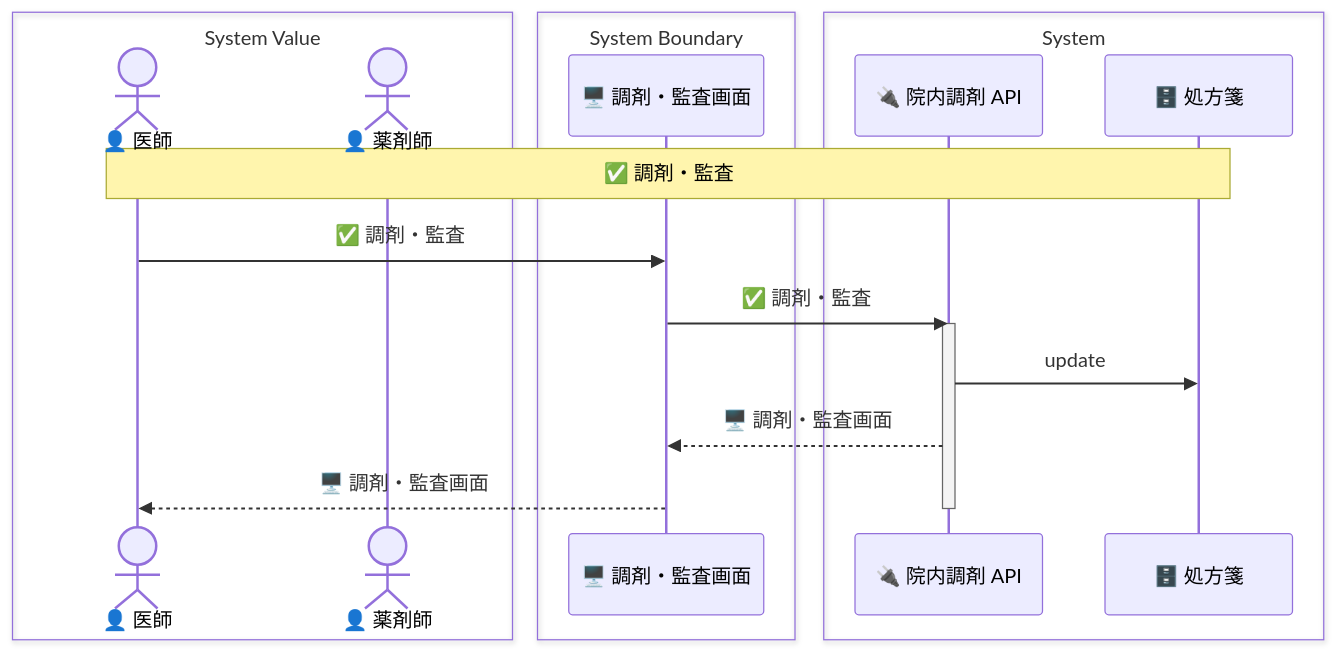
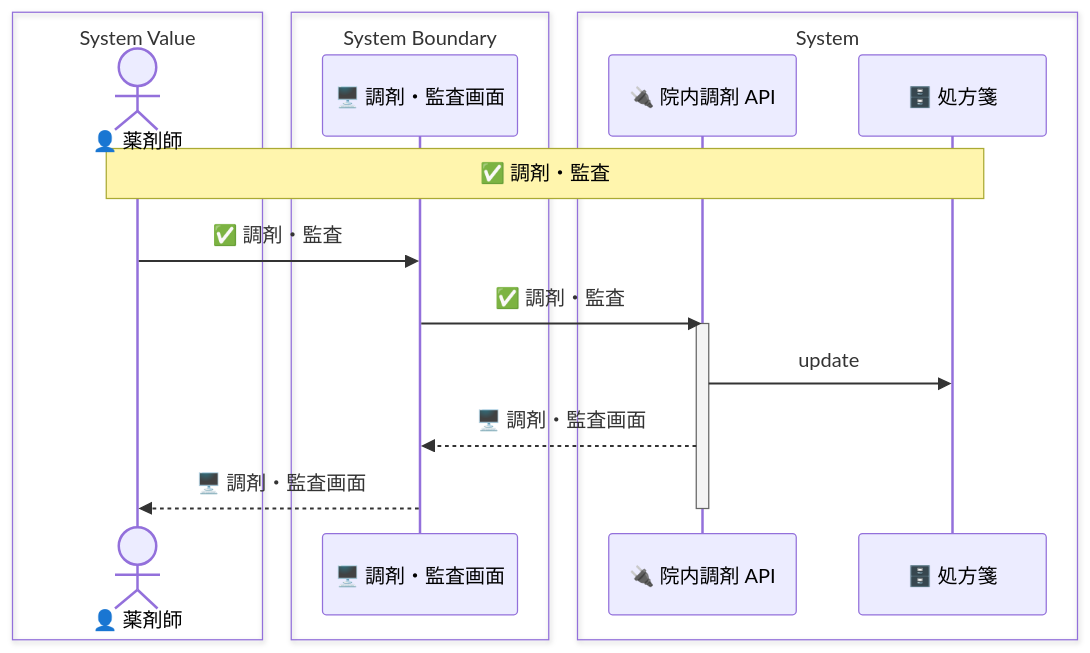
The diagram in samples/clinic-ops/out/uc/sequence_dispense_and_audit.mmd (manji-0/rdra-ish-dsl), drawn with Mermaid before and after one commit. The commit also changed 71 other files, not shown here.

```diff
--- a/samples/clinic-ops/out/uc/sequence_dispense_and_audit.mmd
+++ b/samples/clinic-ops/out/uc/sequence_dispense_and_audit.mmd
@@ -1,21 +1,20 @@
 sequenceDiagram
   box System Value
-    actor Clinician as 👤 医師
     actor Pharmacist as 👤 薬剤師
   end
   box System Boundary
     participant DispensingScreen as 🖥️ 調剤・監査画面
   end
   box System
     participant DispensingApi as 🔌 院内調剤 API
     participant Prescription as 🗄️ 処方箋
   end
 
-  Note over Clinician,Prescription: ✅ 調剤・監査
-  Clinician->>DispensingScreen: ✅ 調剤・監査
+  Note over Pharmacist,Prescription: ✅ 調剤・監査
+  Pharmacist->>DispensingScreen: ✅ 調剤・監査
   DispensingScreen->>DispensingApi: ✅ 調剤・監査
   activate DispensingApi
   DispensingApi->>Prescription: update
   DispensingApi-->>DispensingScreen: 🖥️ 調剤・監査画面
-  DispensingScreen-->>Clinician: 🖥️ 調剤・監査画面
+  DispensingScreen-->>Pharmacist: 🖥️ 調剤・監査画面
   deactivate DispensingApi
```
